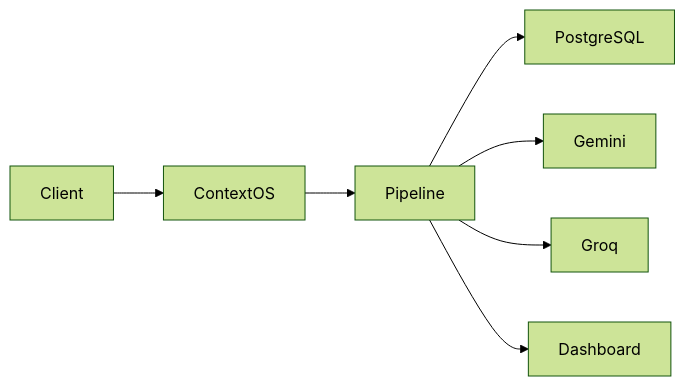
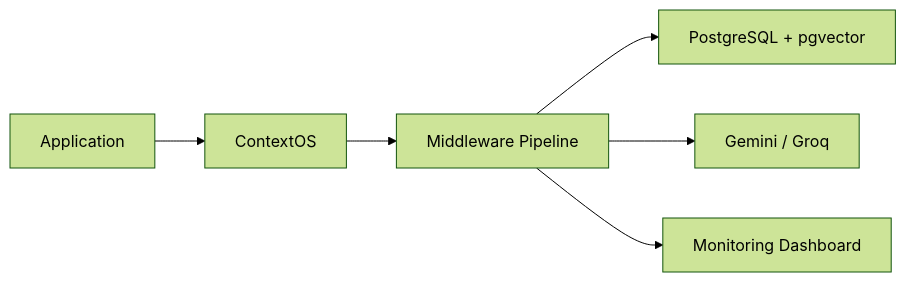
The first of 2 diagrams in README.md (dishi575/contextos), drawn with Mermaid (forest theme) before and after one commit. The commit also changed other lines of this file, not shown here.

````diff
--- a/README.md
+++ b/README.md
@@ -34,15 +40,16 @@
 ```mermaid
 flowchart LR
 
-Client --> ContextOS
+Client["Application"]
+Gateway["ContextOS"]
+Pipeline["Middleware Pipeline"]
+DB["PostgreSQL + pgvector"]
+LLM["Gemini / Groq"]
+Dashboard["Monitoring Dashboard"]
 
-ContextOS --> Pipeline
-
-Pipeline --> PostgreSQL
-
-Pipeline --> Gemini
-
-Pipeline --> Groq
-
+Client --> Gateway
+Gateway --> Pipeline
+Pipeline --> DB
+Pipeline --> LLM
 Pipeline --> Dashboard
 ```
````
